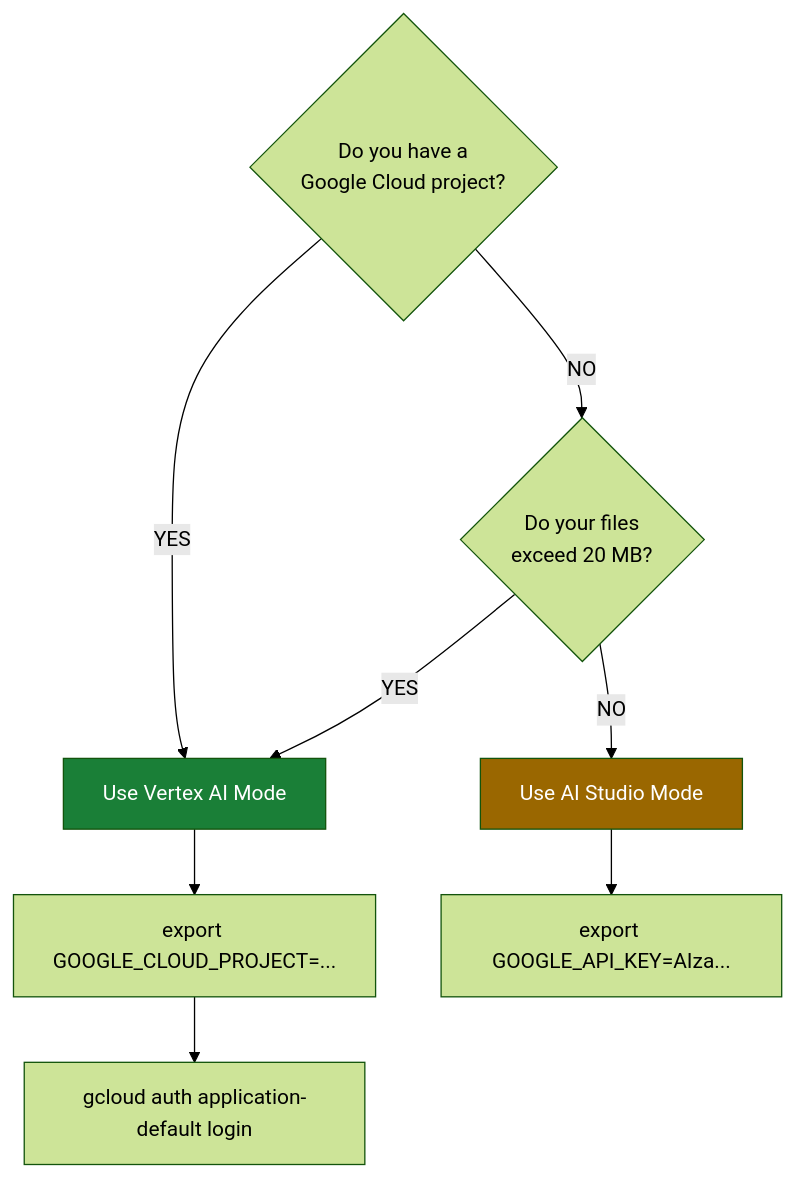
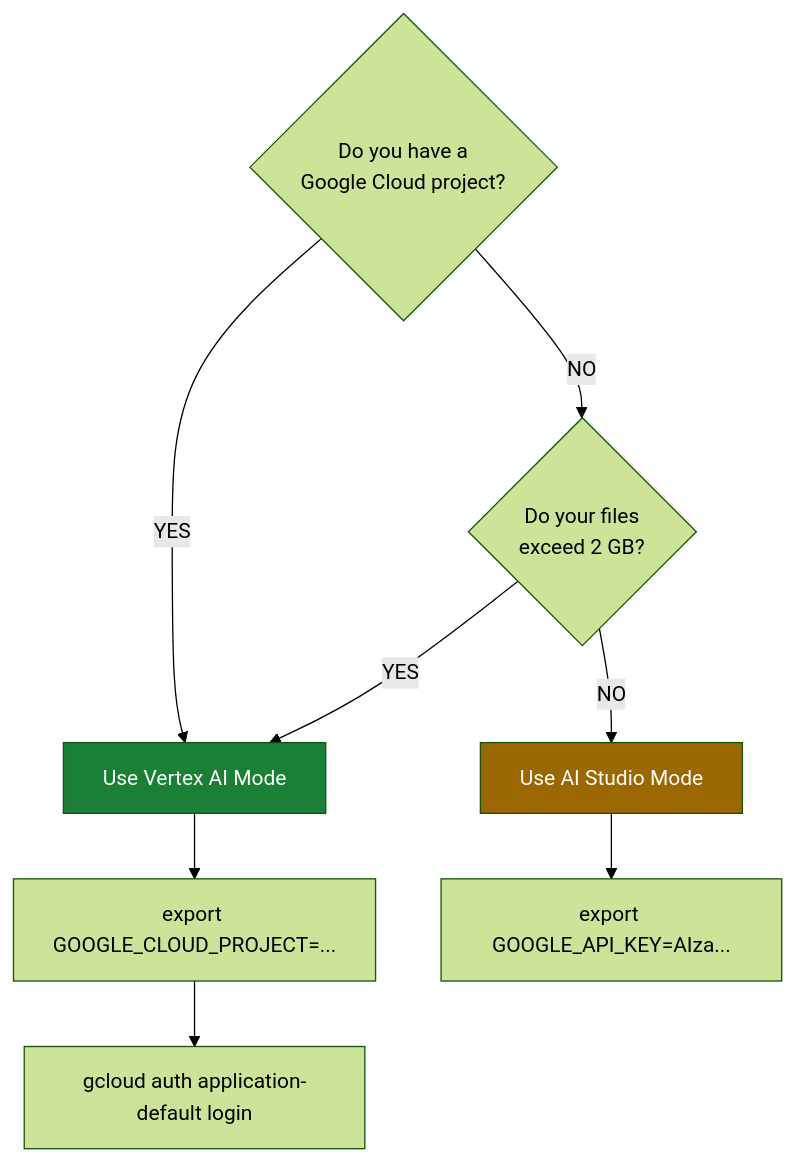
The second of 2 diagrams in docs/reference/authentication.md (Aurelian-Shuttleworth/agent-ear), drawn with Mermaid (forest theme) before and after one commit. The commit also changed other lines of this file and 13 other files, not shown here.

````diff
--- a/docs/reference/authentication.md
+++ b/docs/reference/authentication.md
@@ -243,15 +243,15 @@
 ```mermaid
 flowchart TD
     Q1{"Do you have a\nGoogle Cloud project?"} -->|"YES"| V["Use Vertex AI Mode"]
-    Q1 -->|"NO"| Q2{"Do your files\nexceed 20 MB?"}
+    Q1 -->|"NO"| Q2{"Do your files\nexceed 2 GB?"}
     Q2 -->|"YES"| V
     Q2 -->|"NO"| S["Use AI Studio Mode"]
 
     V --> V1["export GOOGLE_CLOUD_PROJECT=..."]
     V1 --> V2["gcloud auth application-default login"]
 
     S --> S1["export GOOGLE_API_KEY=AIza..."]
 
     style V fill:#1a7f37,color:#fff
     style S fill:#9a6700,color:#fff
 ```
````
